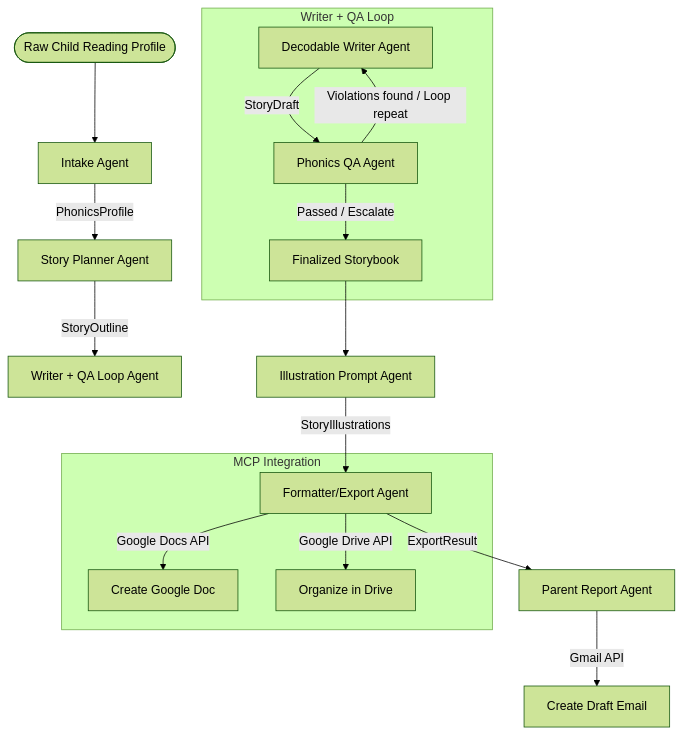
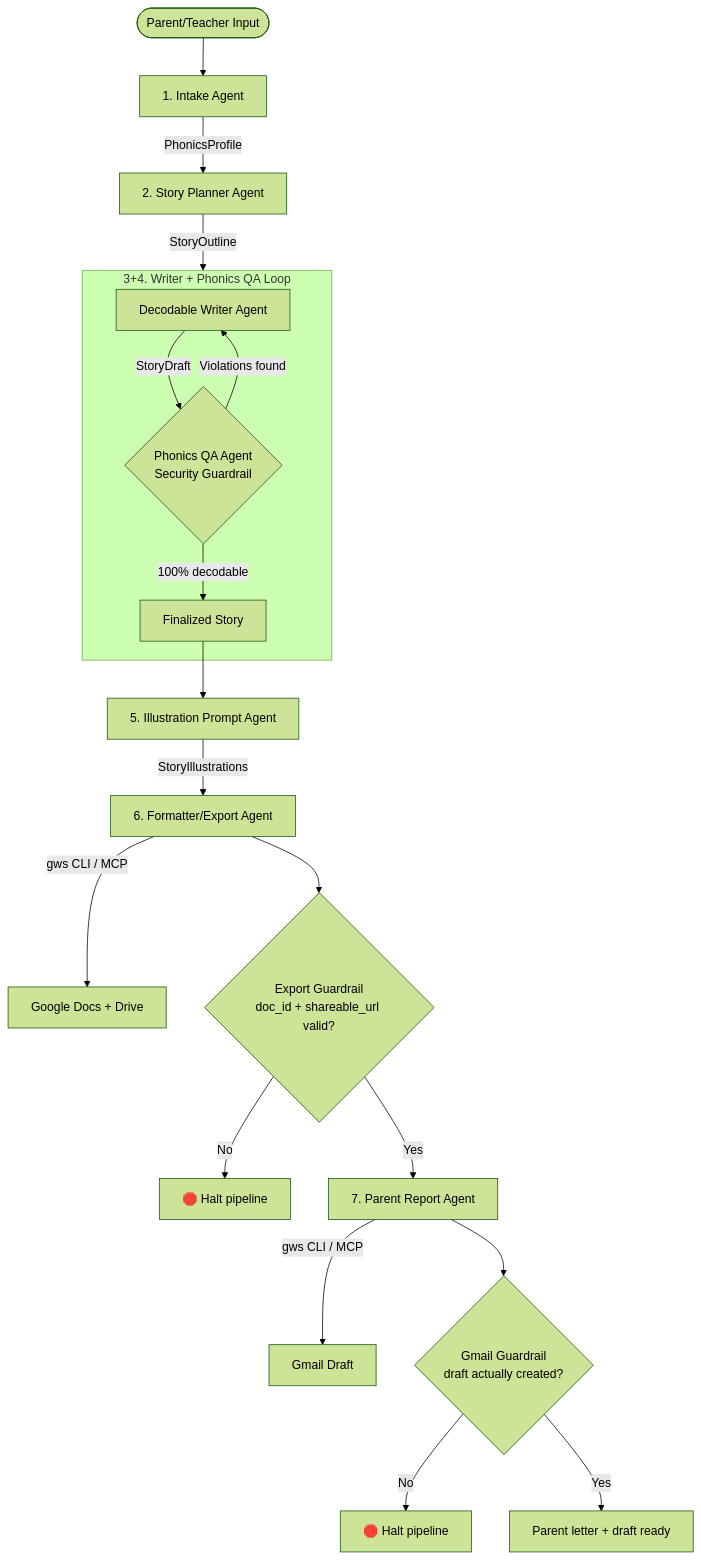
The diagram in README.md (tannergriffith-beep/phono-storyforge), drawn with Mermaid (forest theme) before and after one commit. The commit also changed other lines of this file, not shown here.

````diff
--- a/README.md
+++ b/README.md
@@ -21,23 +17,25 @@
 ```mermaid
 graph TD
-    User([Raw Child Reading Profile]) --> Intake[Intake Agent]
-    Intake -->|PhonicsProfile| Planner[Story Planner Agent]
-    Planner -->|StoryOutline| Loop[Writer + QA Loop Agent]
-    
-    subgraph Writer + QA Loop
-        Writer[Decodable Writer Agent] -->|StoryDraft| QA[Phonics QA Agent]
-        QA -->|Violations found / Loop repeat| Writer
-        QA -->|Passed / Escalate| LoopExit[Finalized Storybook]
+    User([Parent/Teacher Input]) --> Intake[1. Intake Agent]
+    Intake -->|PhonicsProfile| Planner[2. Story Planner Agent]
+    Planner -->|StoryOutline| Loop
+
+    subgraph Loop["3+4. Writer + Phonics QA Loop"]
+        Writer["Decodable Writer Agent"] -->|StoryDraft| QA{"Phonics QA Agent<br/>Security Guardrail"}
+        QA -->|Violations found| Writer
+        QA -->|100% decodable| LoopExit["Finalized Story"]
     end
-    
-    LoopExit --> Illustration[Illustration Prompt Agent]
-    Illustration -->|StoryIllustrations| Formatter[Formatter/Export Agent]
-    
-    subgraph MCP Integration
-        Formatter -->|Google Docs API| Doc[Create Google Doc]
-        Formatter -->|Google Drive API| Drive[Organize in Drive]
-    end
-    
-    Formatter -->|ExportResult| Parent[Parent Report Agent]
-    Parent -->|Gmail API| Draft[Create Draft Email]
+
+    LoopExit --> Illustration["5. Illustration Prompt Agent"]
+    Illustration -->|StoryIllustrations| Formatter["6. Formatter/Export Agent"]
+
+    Formatter -->|"gws CLI / MCP"| GWS1["Google Docs + Drive"]
+    Formatter --> Guard1{"Export Guardrail<br/>doc_id + shareable_url valid?"}
+    Guard1 -->|No| Halt1["🛑 Halt pipeline"]
+    Guard1 -->|Yes| Parent["7. Parent Report Agent"]
+
+    Parent -->|"gws CLI / MCP"| GWS2["Gmail Draft"]
+    Parent --> Guard2{"Gmail Guardrail<br/>draft actually created?"}
+    Guard2 -->|No| Halt2["🛑 Halt pipeline"]
+    Guard2 -->|Yes| Done["Parent letter + draft ready"]
 ```
````
